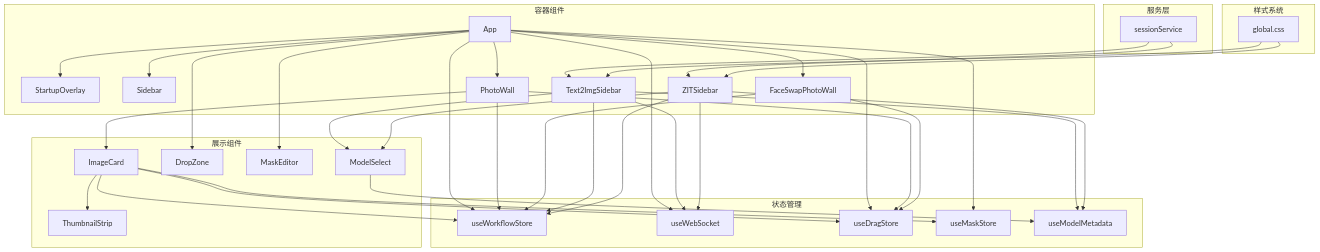
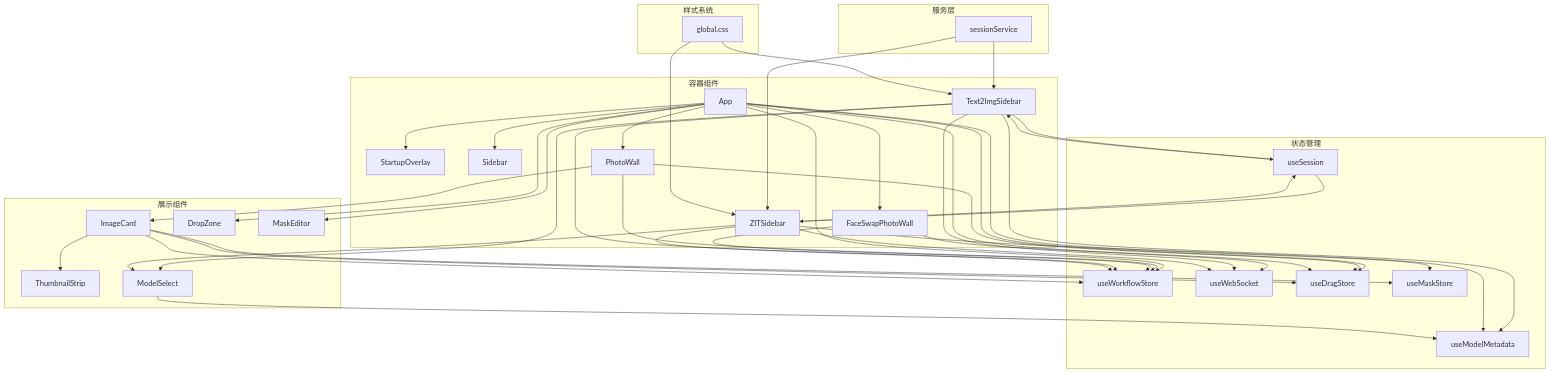
Before and after one commit to billye220670/CorineKit_Pix2Real: the second of 11 diagrams in .qoder/repowiki/zh/content/前端应用/React 组件体系.md, drawn with Mermaid. The commit also changed other lines of this file and 73 other files, not shown here.

````diff
--- a/.qoder/repowiki/zh/content/前端应用/React 组件体系.md
+++ b/.qoder/repowiki/zh/content/前端应用/React 组件体系.md
@@ -146,64 +151,69 @@
 ```mermaid
 graph TB
 subgraph "容器组件"
 APP["App"]
 SO["StartupOverlay"]
 SIDEBAR["Sidebar"]
 PW["PhotoWall"]
 FSPW["FaceSwapPhotoWall"]
 T2IS["Text2ImgSidebar"]
 ZITS["ZITSidebar"]
 end
 subgraph "展示组件"
 IC["ImageCard"]
 DZ["DropZone"]
 TS["ThumbnailStrip"]
 ME["MaskEditor"]
 MS["ModelSelect"]
 end
 subgraph "状态管理"
 WFS["useWorkflowStore"]
 WS["useWebSocket"]
 DRAG["useDragStore"]
 MASK["useMaskStore"]
 MM["useModelMetadata"]
+US["useSession"]
 end
 subgraph "服务层"
 SS["sessionService"]
 end
 subgraph "样式系统"
 GC["global.css"]
 end
 APP --> SO
 APP --> SIDEBAR
 APP --> PW
 APP --> FSPW
 APP --> DZ
 PW --> IC
 IC --> TS
 APP --> ME
 APP --> WFS
 APP --> WS
 APP --> DRAG
 APP --> MASK
 IC --> WFS
 IC --> DRAG
 IC --> MASK
 PW --> WFS
 PW --> DRAG
 FSPW --> WFS
 FSPW --> DRAG
 T2IS --> MS
 T2IS --> MM
 T2IS --> WFS
 T2IS --> WS
+T2IS --> US
 ZITS --> MS
 ZITS --> MM
 ZITS --> WFS
 ZITS --> WS
+ZITS --> US
 MS --> MM
+US --> T2IS
+US --> ZITS
 SS --> T2IS
 SS --> ZITS
 GC --> T2IS
 GC --> ZITS
 ```
````
